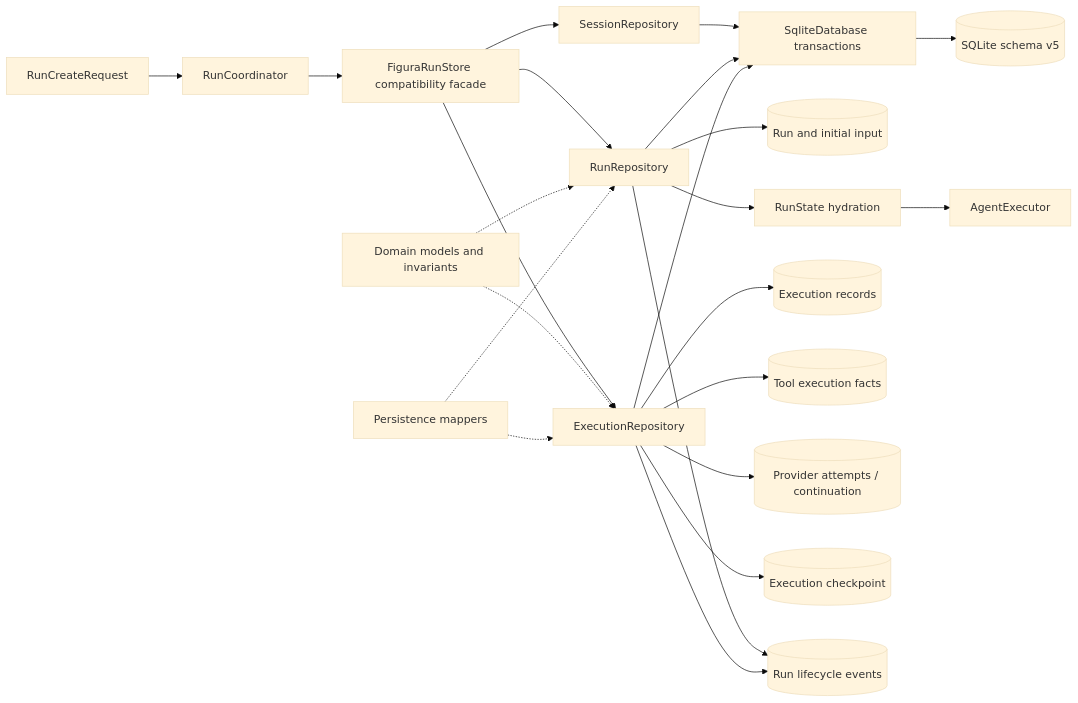
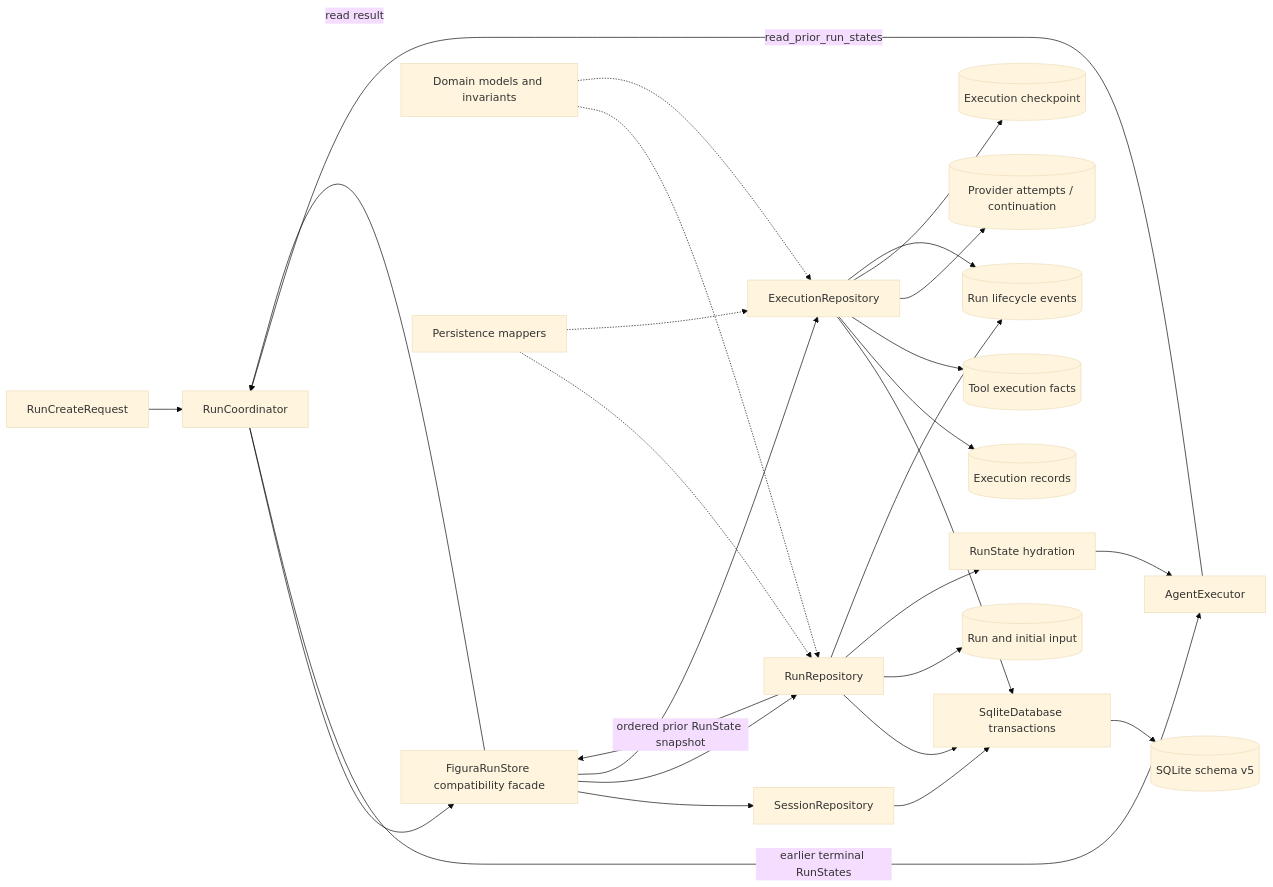
The diagram in docs/figura/runtime.md (YeZibn/Figura), drawn with Mermaid (base theme) before and after one commit. The commit also changed other lines of this file and 27 other files, not shown here.

````diff
--- a/docs/figura/runtime.md
+++ b/docs/figura/runtime.md
@@ -9,25 +9,29 @@
 ```mermaid
 flowchart LR
     Create[RunCreateRequest] --> Coordinator[RunCoordinator]
     Coordinator --> Store[FiguraRunStore compatibility facade]
     Store --> SessionRepo[SessionRepository]
     Store --> RunRepo[RunRepository]
     Store --> ExecutionRepo[ExecutionRepository]
     SessionRepo --> Database[SqliteDatabase transactions]
     RunRepo --> Database
     ExecutionRepo --> Database
     Database --> SQLite[(SQLite schema v5)]
     RunRepo --> Run[(Run and initial input)]
     RunRepo --> State[RunState hydration]
+    Agent -->|read_prior_run_states| Coordinator
+    RunRepo -->|ordered prior RunState snapshot| Store
+    Store -->|read result| Coordinator
+    Coordinator -->|earlier terminal RunStates| Agent
     ExecutionRepo --> Records[(Execution records)]
     ExecutionRepo --> ToolFacts[(Tool execution facts)]
     ExecutionRepo --> Attempts[(Provider attempts / continuation)]
     ExecutionRepo --> Checkpoint[(Execution checkpoint)]
     RunRepo --> Events[(Run lifecycle events)]
     ExecutionRepo --> Events
     Domain[Domain models and invariants] -.-> RunRepo
     Domain -.-> ExecutionRepo
     Mappers[Persistence mappers] -.-> RunRepo
     Mappers -.-> ExecutionRepo
     State --> Agent[AgentExecutor]
 ```
````
